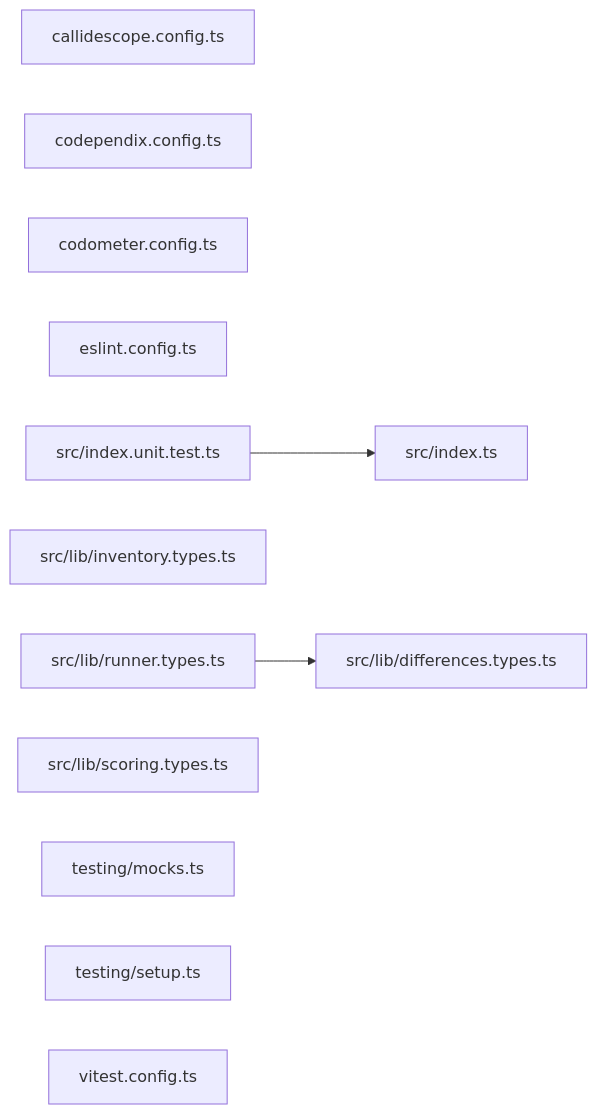
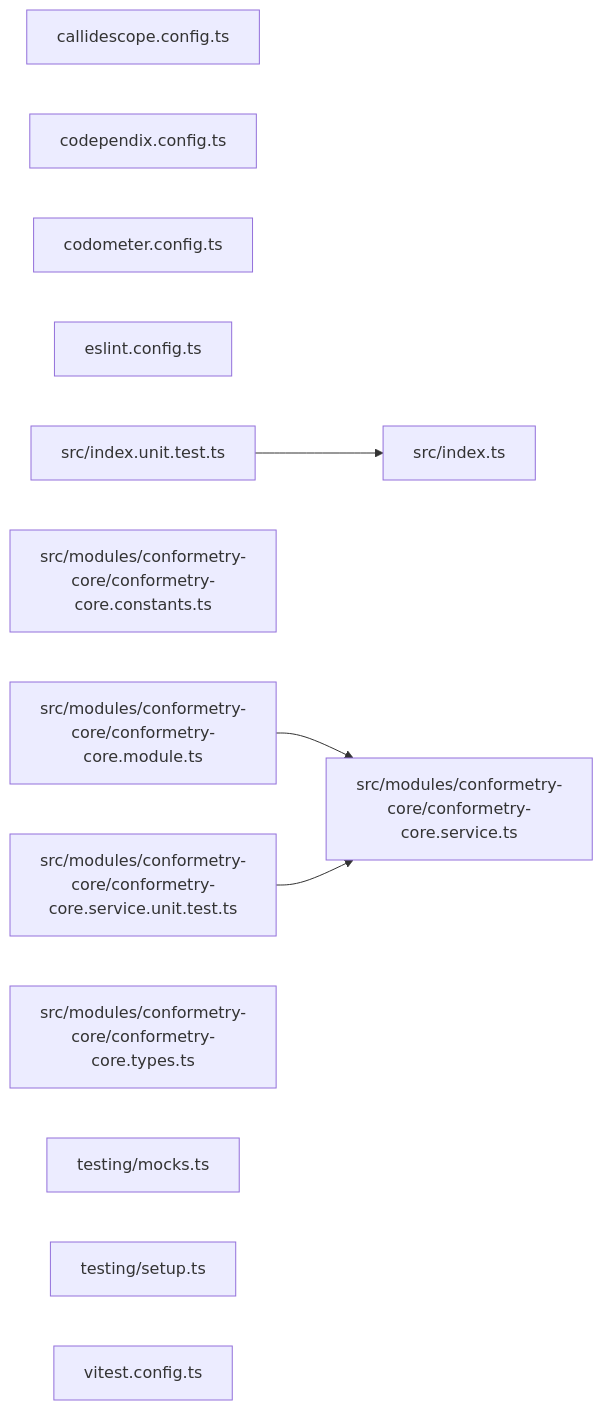
Before and after one commit to JimmyPaolini/codebase: the third of 3 diagrams in packages/ic-suite/conformetry/conformetry-core/README.md, drawn with Mermaid. The commit also changed other lines of this file and 17 other files, not shown here.

````diff
--- a/packages/ic-suite/conformetry/conformetry-core/README.md
+++ b/packages/ic-suite/conformetry/conformetry-core/README.md
@@ -186,18 +189,20 @@
 ```mermaid
 graph LR
   file_callidescope_config_ts["callidescope.config.ts"]
   file_codependix_config_ts["codependix.config.ts"]
   file_codometer_config_ts["codometer.config.ts"]
   file_eslint_config_ts["eslint.config.ts"]
   file_src_index_ts["src/index.ts"]
   file_src_index_unit_test_ts["src/index.unit.test.ts"]
-  file_src_lib_differences_types_ts["src/lib/differences.types.ts"]
-  file_src_lib_inventory_types_ts["src/lib/inventory.types.ts"]
-  file_src_lib_runner_types_ts["src/lib/runner.types.ts"]
-  file_src_lib_scoring_types_ts["src/lib/scoring.types.ts"]
+  file_src_modules_conformetry_core_conformetry_core_constants_ts["src/modules/conformetry-core/conformetry-core.constants.ts"]
+  file_src_modules_conformetry_core_conformetry_core_module_ts["src/modules/conformetry-core/conformetry-core.module.ts"]
+  file_src_modules_conformetry_core_conformetry_core_service_ts["src/modules/conformetry-core/conformetry-core.service.ts"]
+  file_src_modules_conformetry_core_conformetry_core_service_unit_test_ts["src/modules/conformetry-core/conformetry-core.service.unit.test.ts"]
+  file_src_modules_conformetry_core_conformetry_core_types_ts["src/modules/conformetry-core/conformetry-core.types.ts"]
   file_testing_mocks_ts["testing/mocks.ts"]
   file_testing_setup_ts["testing/setup.ts"]
   file_vitest_config_ts["vitest.config.ts"]
   file_src_index_unit_test_ts --> file_src_index_ts
-  file_src_lib_runner_types_ts --> file_src_lib_differences_types_ts
+  file_src_modules_conformetry_core_conformetry_core_module_ts --> file_src_modules_conformetry_core_conformetry_core_service_ts
+  file_src_modules_conformetry_core_conformetry_core_service_unit_test_ts --> file_src_modules_conformetry_core_conformetry_core_service_ts
 ```
````
